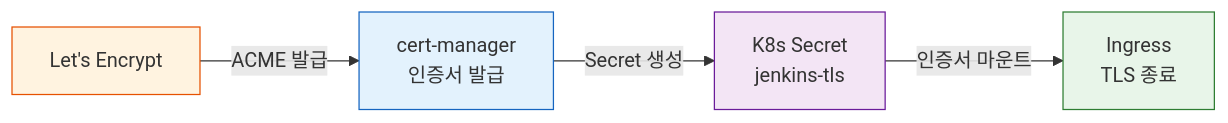
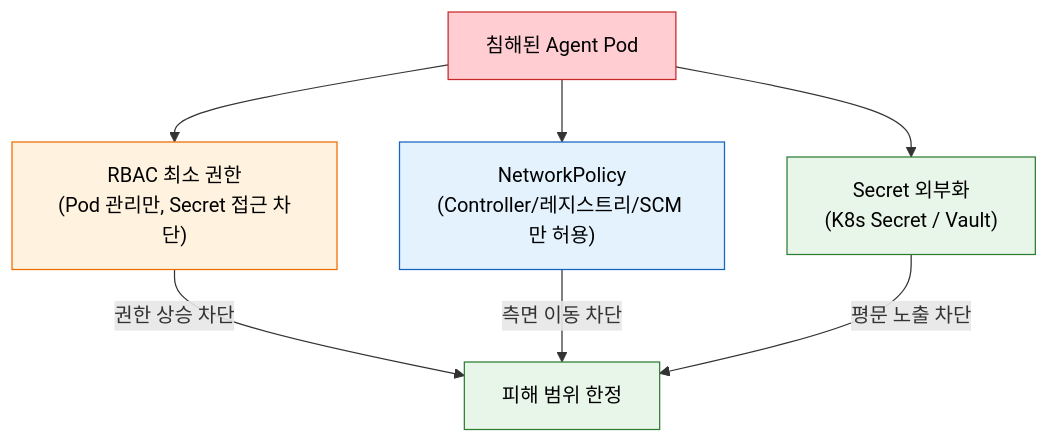
The second of 2 diagrams in write/07_devops/02_Jenkins/03_agent/02-02.Kubernetes Jenkins 운영.md (scofe97/StduyWrite), drawn with Mermaid before and after one commit. The commit also changed other lines of this file and 8 other files, not shown here.

First line of the commit message:
[StduyWrite] #time 4h refactor: 02_Jenkins/03_agent/ 9편 심층 개편 (Phase 3)

````diff
--- a/write/07_devops/02_Jenkins/03_agent/02-02.Kubernetes Jenkins 운영.md
+++ b/write/07_devops/02_Jenkins/03_agent/02-02.Kubernetes Jenkins 운영.md
@@ -26,16 +173,21 @@
 ```mermaid
-flowchart LR
-    ING["Ingress<br/>TLS 종료"]
-    CM["cert-manager<br/>인증서 발급"]
-    LE["Let's Encrypt"]
-    SEC["K8s Secret<br/>jenkins-tls"]
+flowchart TB
+    THREAT["침해된 Agent Pod"]
+    RBAC["RBAC 최소 권한<br>(Pod 관리만, Secret 접근 차단)"]
+    NETPOL["NetworkPolicy<br>(Controller/레지스트리/SCM 만 허용)"]
+    SECRET["Secret 외부화<br>(K8s Secret / Vault)"]
+    SAFE["피해 범위 한정"]
 
-    LE -->|"ACME 발급"| CM
-    CM -->|"Secret 생성"| SEC
-    SEC -->|"인증서 마운트"| ING
+    THREAT --> RBAC
+    THREAT --> NETPOL
+    THREAT --> SECRET
+    RBAC -->|"권한 상승 차단"| SAFE
+    NETPOL -->|"측면 이동 차단"| SAFE
+    SECRET -->|"평문 노출 차단"| SAFE
 
-    style CM fill:#e3f2fd,stroke:#1565c0,color:#333
-    style ING fill:#e8f5e9,stroke:#2e7d32,color:#333
-    style LE fill:#fff3e0,stroke:#e65100,color:#333
-    style SEC fill:#f3e5f5,stroke:#6a1b9a,color:#333
+    style THREAT fill:#ffcdd2,stroke:#c62828,color:#000
+    style RBAC fill:#fff3e0,stroke:#ef6c00,color:#000
+    style NETPOL fill:#e3f2fd,stroke:#1565c0,color:#000
+    style SECRET fill:#e8f5e9,stroke:#2e7d32,color:#000
+    style SAFE fill:#e8f5e9,stroke:#2e7d32,color:#000
 ```
````
